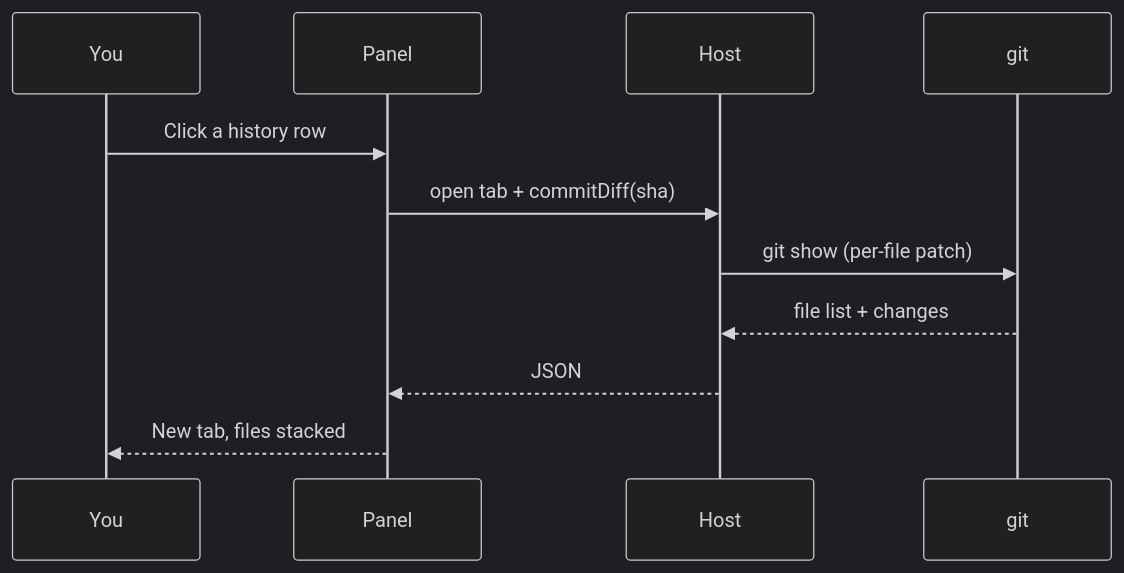
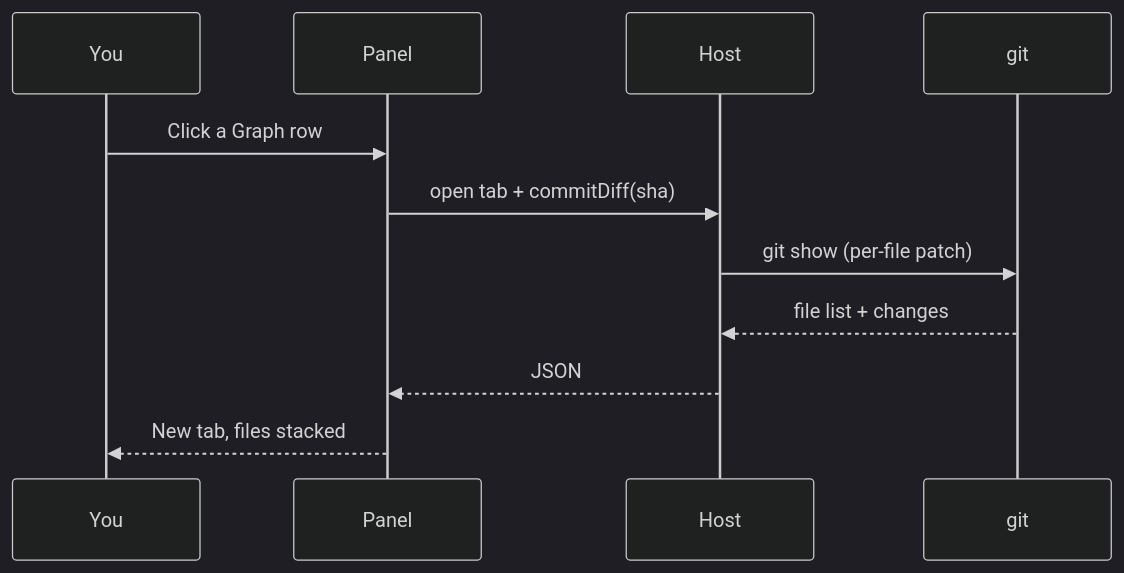
One commit to ET921/dsh-git-management changed the third of 5 diagrams in README.en.md. Above: the diagram before and after it, drawn with Mermaid (dark theme). The commit also changed other lines of this file and 12 other files, not shown here.

First line of the commit message:
feat/graph-collaboration : 顯示同事分支並修好按鈕字色

````diff
--- a/README.en.md
+++ b/README.en.md
@@ -96,13 +96,13 @@
 ```mermaid
 sequenceDiagram
   participant U as You
   participant P as Panel
   participant H as Host
   participant G as git
-  U->>P: Click a history row
+  U->>P: Click a Graph row
   P->>H: open tab + commitDiff(sha)
   H->>G: git show (per-file patch)
   G-->>H: file list + changes
   H-->>P: JSON
   P-->>U: New tab, files stacked
 ```
````
